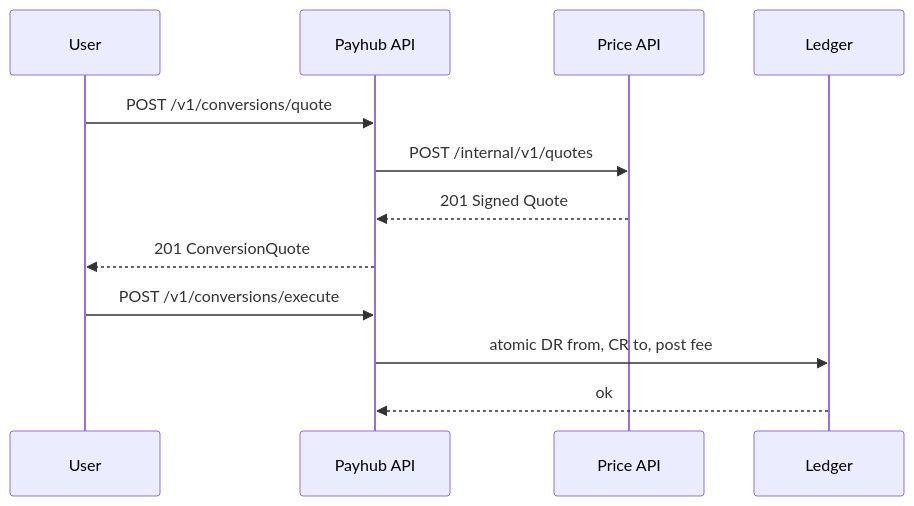
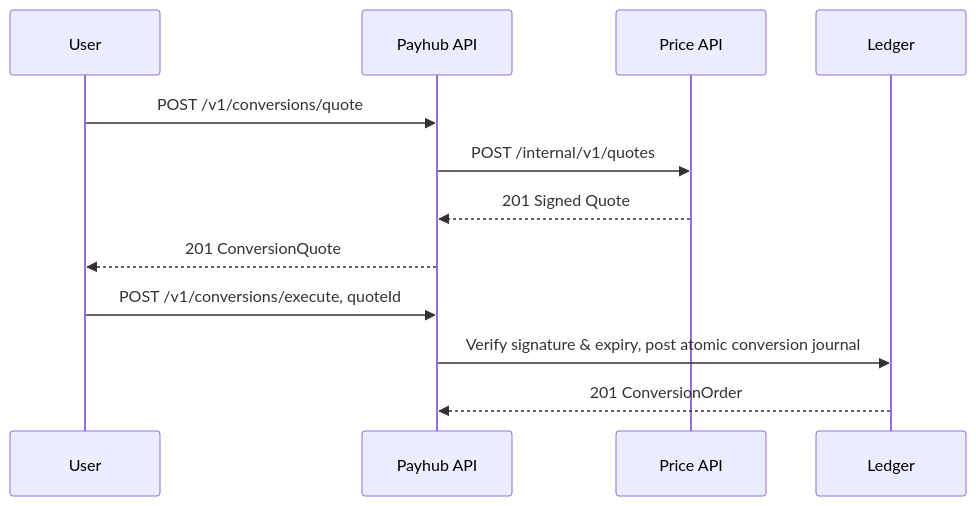
The sixth of 6 diagrams in SystemDesign.md (bkkac/tg-miniapp-payhub-service), drawn with Mermaid before and after one commit. The commit also changed other lines of this file, not shown here.

````diff
--- a/SystemDesign.md
+++ b/SystemDesign.md
@@ -1283,14 +521,14 @@
 ```mermaid
 sequenceDiagram
   participant U as User
   participant PH as Payhub API
   participant PRC as Price API
   participant DB as Ledger
   U->>PH: POST /v1/conversions/quote
   PH->>PRC: POST /internal/v1/quotes
   PRC-->>PH: 201 Signed Quote
   PH-->>U: 201 ConversionQuote
-  U->>PH: POST /v1/conversions/execute
-  PH->>DB: atomic DR from, CR to, post fee
-  DB-->>PH: ok
+  U->>PH: POST /v1/conversions/execute, quoteId
+  PH->>DB: Verify signature & expiry, post atomic conversion journal
+  DB-->>PH: 201 ConversionOrder
 ```
````
